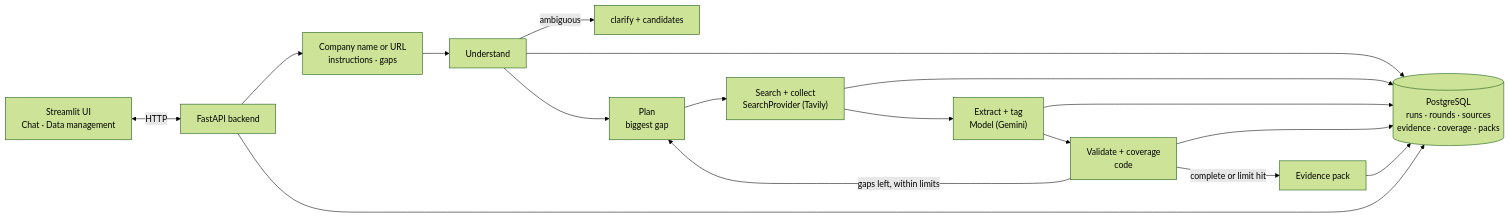
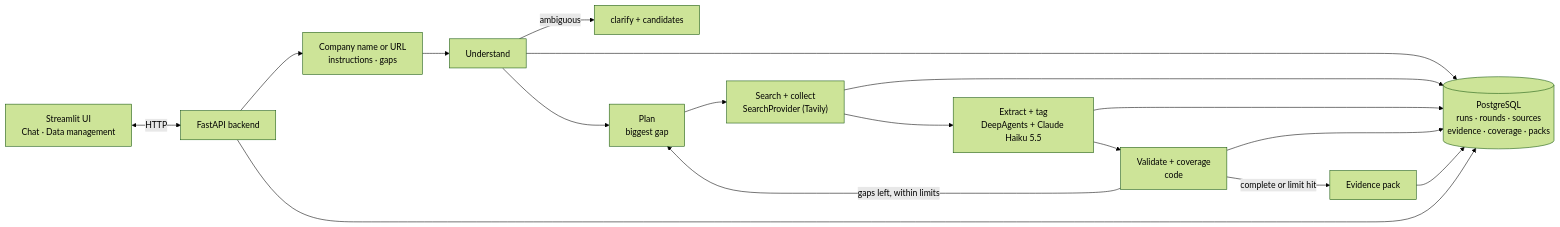
One commit to efolley/Venture-OS changed the diagram in README.md. Above: the diagram before and after it, drawn with Mermaid (forest theme). The commit also changed other lines of this file and 25 other files, not shown here.

First line of the commit message:
Research agent V.0.2: DeepAgents loop on Claude Haiku 5.5

````diff
--- a/README.md
+++ b/README.md
@@ -43,16 +43,16 @@
 ```mermaid
 flowchart LR
     In["Company name or URL<br/>instructions · gaps"] --> U["Understand"]
     U -->|"ambiguous"| C["clarify + candidates"]
     U --> P["Plan<br/>biggest gap"]
     P --> S["Search + collect<br/>SearchProvider (Tavily)"]
-    S --> X["Extract + tag<br/>Model (Gemini)"]
+    S --> X["Extract + tag<br/>DeepAgents + Claude Haiku 5.5"]
     X --> V["Validate + coverage<br/>code"]
     V -->|"gaps left, within limits"| P
     V -->|"complete or limit hit"| Pack["Evidence pack"]
     U & S & X & V --> DB[("PostgreSQL<br/>runs · rounds · sources<br/>evidence · coverage · packs")]
     Pack --> DB
     UI["Streamlit UI<br/>Chat · Data management"] <-->|"HTTP"| API["FastAPI backend"]
     API --> In
     API --> DB
 ```
````
